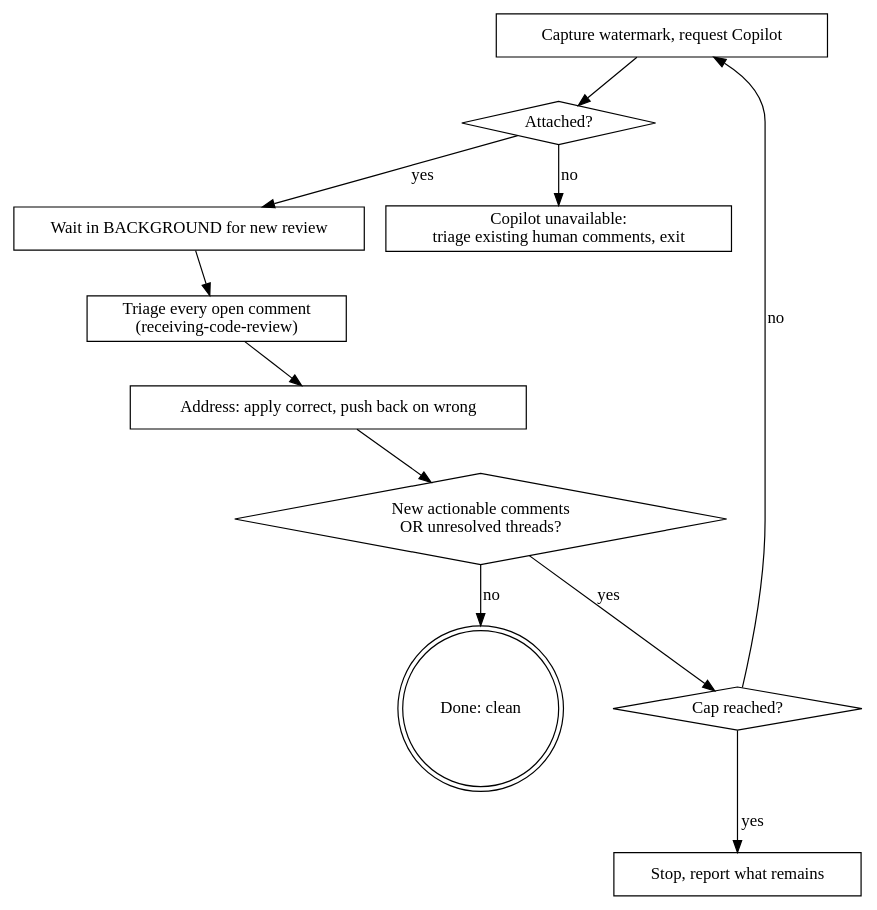
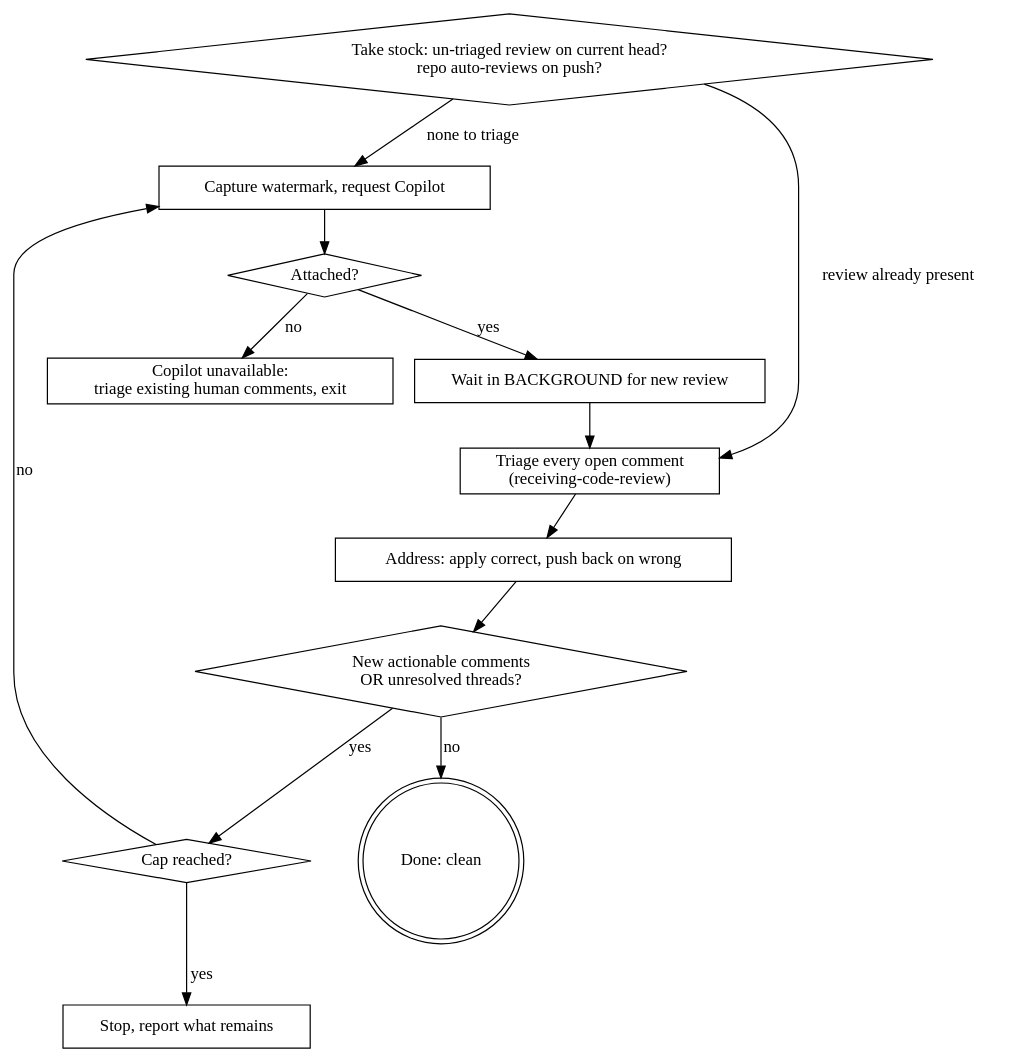
The diagram in skills/review-loop/SKILL.md (sourcehawk/feature-dev-workflow), drawn with Graphviz before and after one commit. The commit also changed other lines of this file, not shown here.

First line of the commit message:
fix(skills/review-loop): triage existing reviews instead of double-requesting

````diff
--- a/skills/review-loop/SKILL.md
+++ b/skills/review-loop/SKILL.md
@@ -40,25 +40,28 @@
 ```dot
 digraph review_loop {
+    "Take stock: un-triaged review on current head?\nrepo auto-reviews on push?" [shape=diamond];
     "Capture watermark, request Copilot" [shape=box];
     "Attached?" [shape=diamond];
     "Copilot unavailable:\ntriage existing human comments, exit" [shape=box];
     "Wait in BACKGROUND for new review" [shape=box];
     "Triage every open comment\n(receiving-code-review)" [shape=box];
     "Address: apply correct, push back on wrong" [shape=box];
     "New actionable comments\nOR unresolved threads?" [shape=diamond];
     "Cap reached?" [shape=diamond];
     "Done: clean" [shape=doublecircle];
     "Stop, report what remains" [shape=box];
 
+    "Take stock: un-triaged review on current head?\nrepo auto-reviews on push?" -> "Triage every open comment\n(receiving-code-review)" [label="review already present"];
+    "Take stock: un-triaged review on current head?\nrepo auto-reviews on push?" -> "Capture watermark, request Copilot" [label="none to triage"];
     "Capture watermark, request Copilot" -> "Attached?";
     "Attached?" -> "Copilot unavailable:\ntriage existing human comments, exit" [label="no"];
     "Attached?" -> "Wait in BACKGROUND for new review" [label="yes"];
     "Wait in BACKGROUND for new review" -> "Triage every open comment\n(receiving-code-review)";
     "Triage every open comment\n(receiving-code-review)" -> "Address: apply correct, push back on wrong";
     "Address: apply correct, push back on wrong" -> "New actionable comments\nOR unresolved threads?";
     "New actionable comments\nOR unresolved threads?" -> "Cap reached?" [label="yes"];
     "Cap reached?" -> "Capture watermark, request Copilot" [label="no"];
     "Cap reached?" -> "Stop, report what remains" [label="yes"];
     "New actionable comments\nOR unresolved threads?" -> "Done: clean" [label="no"];
 }
 ```
````
